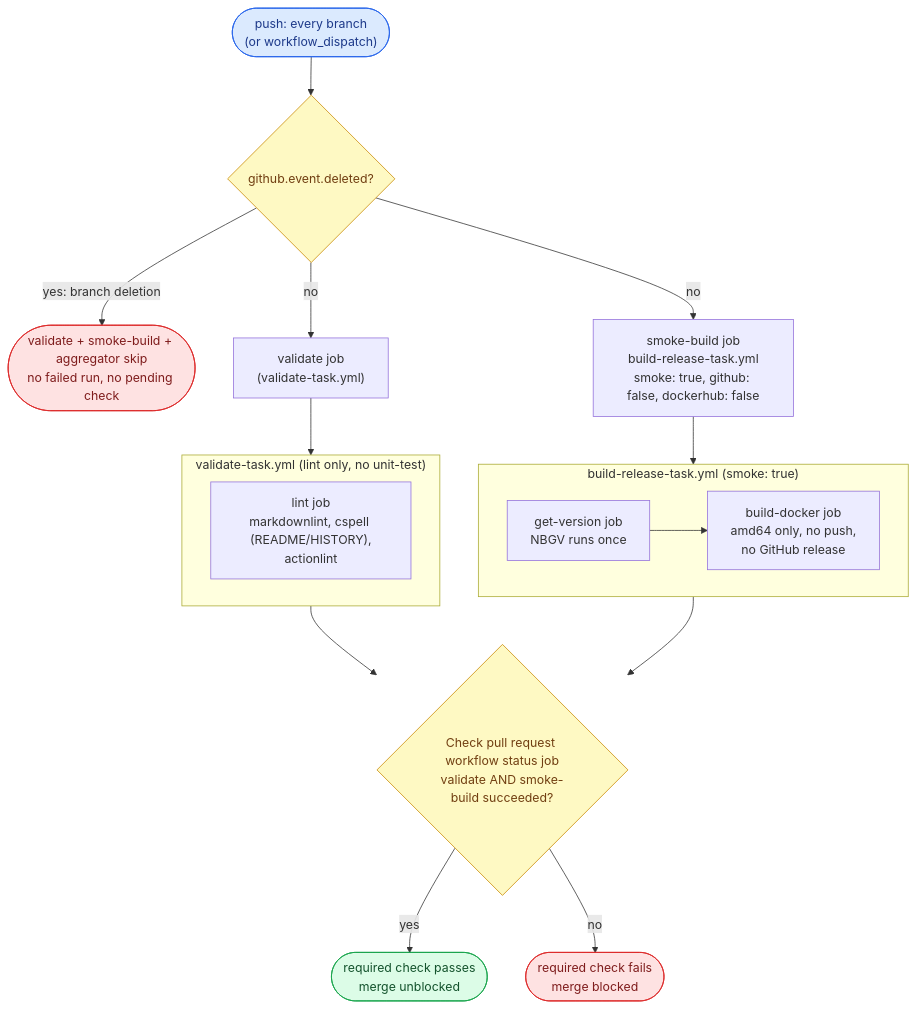
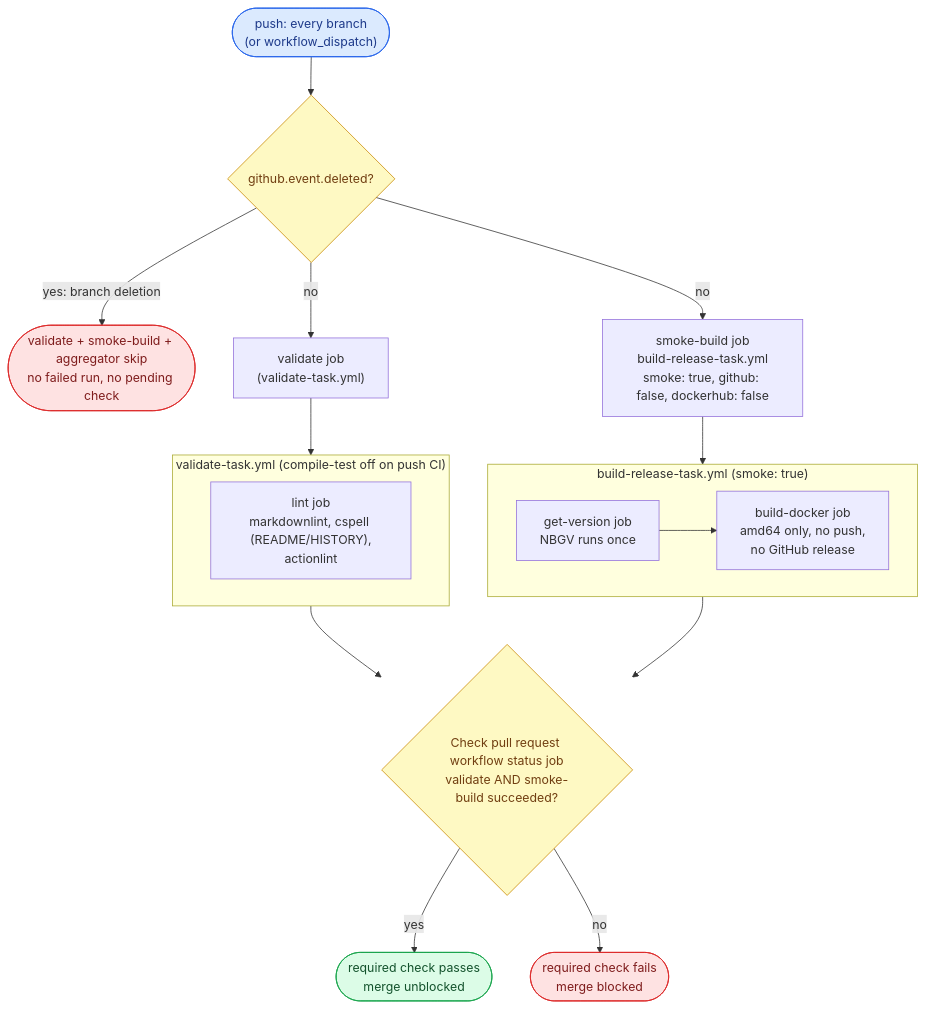
The first of 4 diagrams in WORKFLOW.md (ptr727/ESPHome-NonRoot), drawn with Mermaid before and after one commit. The commit also changed other lines of this file and 17 other files, not shown here.

````diff
--- a/WORKFLOW.md
+++ b/WORKFLOW.md
@@ -226,25 +295,25 @@
 ```mermaid
 flowchart TD
     T(["push: every branch<br/>(or workflow_dispatch)"]):::trig
     T --> D{"github.event.deleted?"}:::gate
     D -- "yes: branch deletion" --> X(["validate + smoke-build + aggregator skip<br/>no failed run, no pending check"]):::stop
     D -- "no" --> V["validate job<br/>(validate-task.yml)"]
     D -- "no" --> S["smoke-build job<br/>build-release-task.yml<br/>smoke: true, github: false, dockerhub: false"]
-    subgraph VT ["validate-task.yml (lint only, no unit-test)"]
+    subgraph VT ["validate-task.yml (compile-test off on push CI)"]
         L["lint job<br/>markdownlint, cspell (README/HISTORY),<br/>actionlint"]
     end
     V --> VT
     subgraph SBT ["build-release-task.yml (smoke: true)"]
         SV["get-version job<br/>NBGV runs once"] --> SB["build-docker job<br/>amd64 only, no push,<br/>no GitHub release"]
     end
     S --> SBT
     VT --> A
     SBT --> A
     A{"Check pull request workflow status job<br/>validate AND smoke-build succeeded?"}:::gate
     A -- "yes" --> G(["required check passes<br/>merge unblocked"]):::pub
     A -- "no" --> R(["required check fails<br/>merge blocked"]):::stop
     classDef trig fill:#dbeafe,stroke:#2563eb,color:#1e3a8a
     classDef gate fill:#fef9c3,stroke:#ca8a04,color:#713f12
     classDef pub fill:#dcfce7,stroke:#16a34a,color:#14532d
     classDef stop fill:#fee2e2,stroke:#dc2626,color:#7f1d1d
 ```
````
